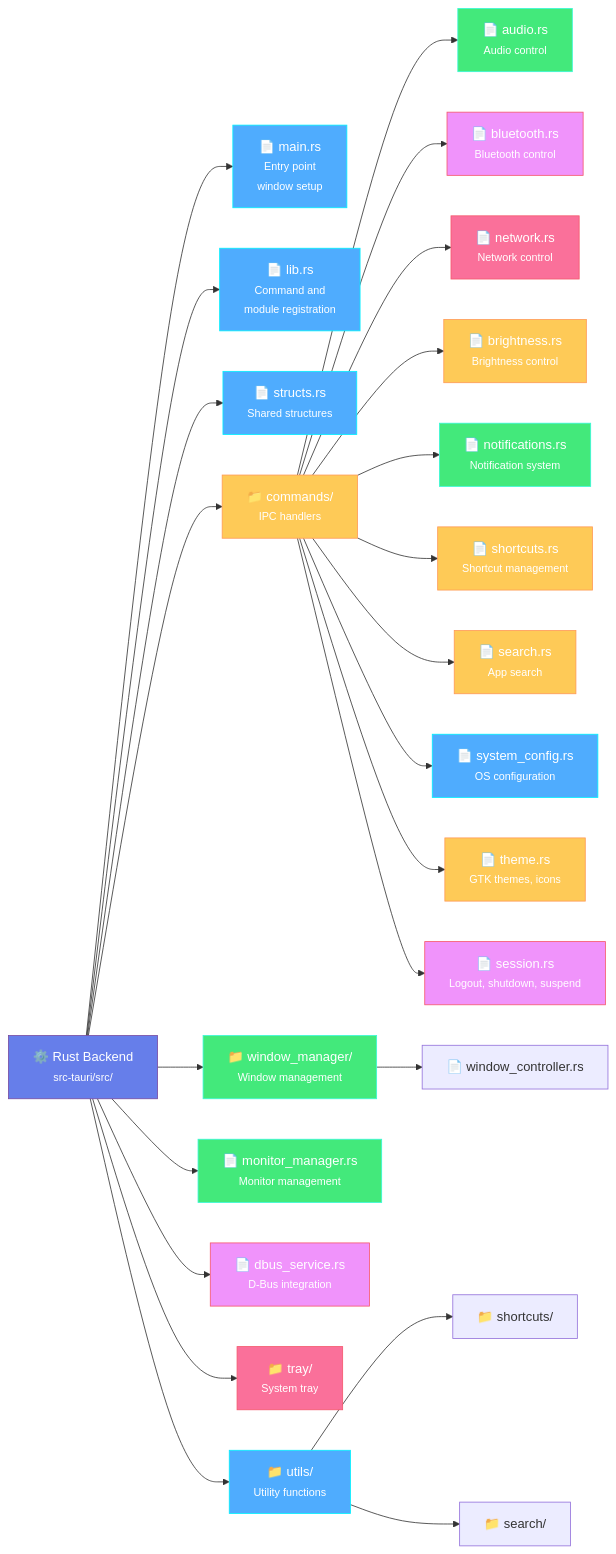
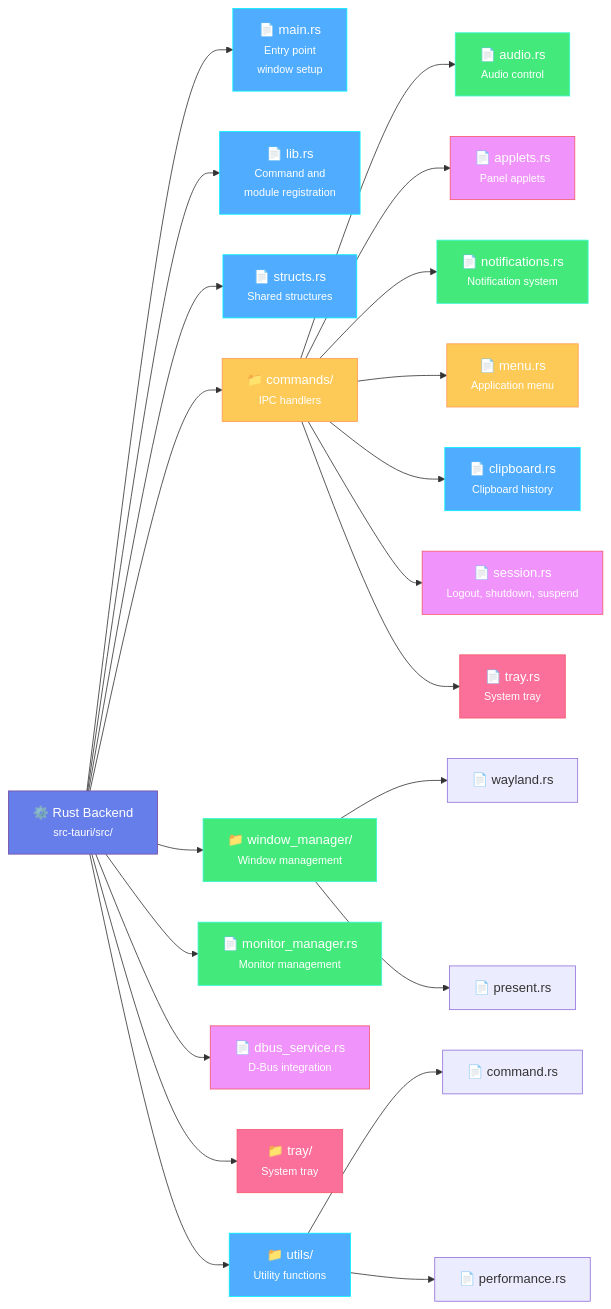
The fourth of 7 diagrams in content/docs/devs/vasak-desktop/architecture.en.md (Vasak-OS/website), drawn with Mermaid before and after one commit. The commit also changed other lines of this file and 33 other files, not shown here.

```diff
--- a/content/docs/devs/vasak-desktop/architecture.en.md
+++ b/content/docs/devs/vasak-desktop/architecture.en.md
@@ -217,52 +217,47 @@
 {{< mermaid >}}
 graph LR
     Backend["⚙️ Rust Backend<br/><small>src-tauri/src/</small>"]
     
     Backend --> Main["📄 main.rs<br/><small>Entry point<br/>window setup</small>"]
     Backend --> Lib["📄 lib.rs<br/><small>Command and<br/>module registration</small>"]
     Backend --> Structs["📄 structs.rs<br/><small>Shared structures</small>"]
     
     Backend --> Commands["📁 commands/<br/><small>IPC handlers</small>"]
     Backend --> WindowMgr["📁 window_manager/<br/><small>Window management</small>"]
     Backend --> MonitorMgr["📄 monitor_manager.rs<br/><small>Monitor management</small>"]
     Backend --> DBusService["📄 dbus_service.rs<br/><small>D-Bus integration</small>"]
     Backend --> Tray["📁 tray/<br/><small>System tray</small>"]
     Backend --> Utils["📁 utils/<br/><small>Utility functions</small>"]
     
     Commands --> AudioCmd["📄 audio.rs<br/><small>Audio control</small>"]
-    Commands --> BluetoothCmd["📄 bluetooth.rs<br/><small>Bluetooth control</small>"]
-    Commands --> NetworkCmd["📄 network.rs<br/><small>Network control</small>"]
-    Commands --> BrightnessCmd["📄 brightness.rs<br/><small>Brightness control</small>"]
+    Commands --> AppletsCmd["📄 applets.rs<br/><small>Panel applets</small>"]
     Commands --> NotificationsCmd["📄 notifications.rs<br/><small>Notification system</small>"]
-    Commands --> ShortcutsCmd["📄 shortcuts.rs<br/><small>Shortcut management</small>"]
-    Commands --> SearchCmd["📄 search.rs<br/><small>App search</small>"]
-    Commands --> SystemConfigCmd["📄 system_config.rs<br/><small>OS configuration</small>"]
-    Commands --> ThemeCmd["📄 theme.rs<br/><small>GTK themes, icons</small>"]
+    Commands --> MenuCmd["📄 menu.rs<br/><small>Application menu</small>"]
+    Commands --> ClipboardCmd["📄 clipboard.rs<br/><small>Clipboard history</small>"]
     Commands --> SessionCmd["📄 session.rs<br/><small>Logout, shutdown, suspend</small>"]
+    Commands --> TrayCmd["📄 tray.rs<br/><small>System tray</small>"]
     
-    WindowMgr --> WinMod["📄 window_controller.rs"]
+    WindowMgr --> WinMod["📄 wayland.rs"]
+    WindowMgr --> WinPresent["📄 present.rs"]
     
-    Utils --> UtilShortcuts["📁 shortcuts/"]
-    Utils --> UtilSearch["📁 search/"]
+    Utils --> UtilCommand["📄 command.rs"]
+    Utils --> UtilPerf["📄 performance.rs"]
     
     style Backend fill:#667eea,stroke:#764ba2,color:#fff
     style Main fill:#4facfe,stroke:#00f2fe,color:#fff
     style Lib fill:#4facfe,stroke:#00f2fe,color:#fff
     style Structs fill:#4facfe,stroke:#00f2fe,color:#fff
     style Commands fill:#feca57,stroke:#ff9a56,color:#fff
     style WindowMgr fill:#43e97b,stroke:#38f9d7,color:#fff
     style MonitorMgr fill:#43e97b,stroke:#38f9d7,color:#fff
     style DBusService fill:#f093fb,stroke:#f5576c,color:#fff
     style Tray fill:#fa709a,stroke:#f5576c,color:#fff
     style Utils fill:#4facfe,stroke:#00f2fe,color:#fff
     style AudioCmd fill:#43e97b,stroke:#38f9d7,color:#fff
-    style BluetoothCmd fill:#f093fb,stroke:#f5576c,color:#fff
-    style NetworkCmd fill:#fa709a,stroke:#f5576c,color:#fff
-    style BrightnessCmd fill:#feca57,stroke:#ff9a56,color:#fff
+    style AppletsCmd fill:#f093fb,stroke:#f5576c,color:#fff
     style NotificationsCmd fill:#43e97b,stroke:#38f9d7,color:#fff
-    style ShortcutsCmd fill:#feca57,stroke:#ff9a56,color:#fff
-    style SearchCmd fill:#feca57,stroke:#ff9a56,color:#fff
-    style SystemConfigCmd fill:#4facfe,stroke:#00f2fe,color:#fff
-    style ThemeCmd fill:#feca57,stroke:#ff9a56,color:#fff
+    style MenuCmd fill:#feca57,stroke:#ff9a56,color:#fff
+    style ClipboardCmd fill:#4facfe,stroke:#00f2fe,color:#fff
     style SessionCmd fill:#f093fb,stroke:#f5576c,color:#fff
+    style TrayCmd fill:#fa709a,stroke:#f5576c,color:#fff
 {{< /mermaid >}}
```
